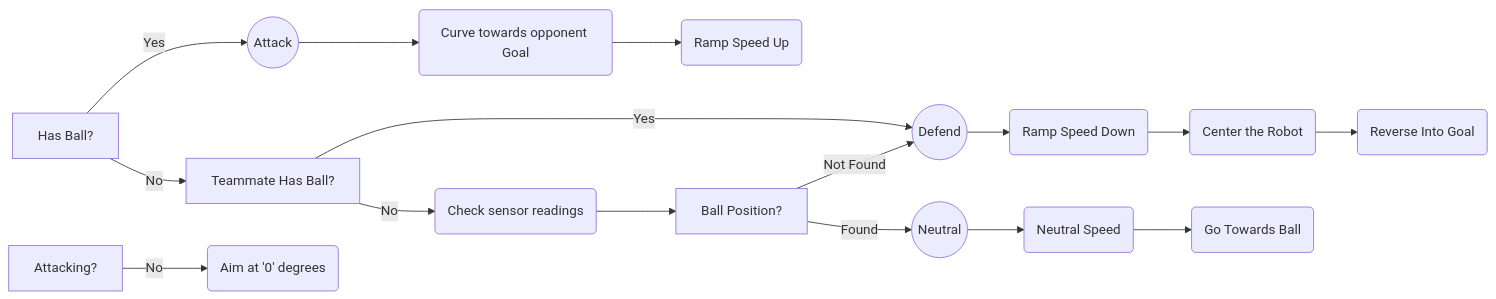
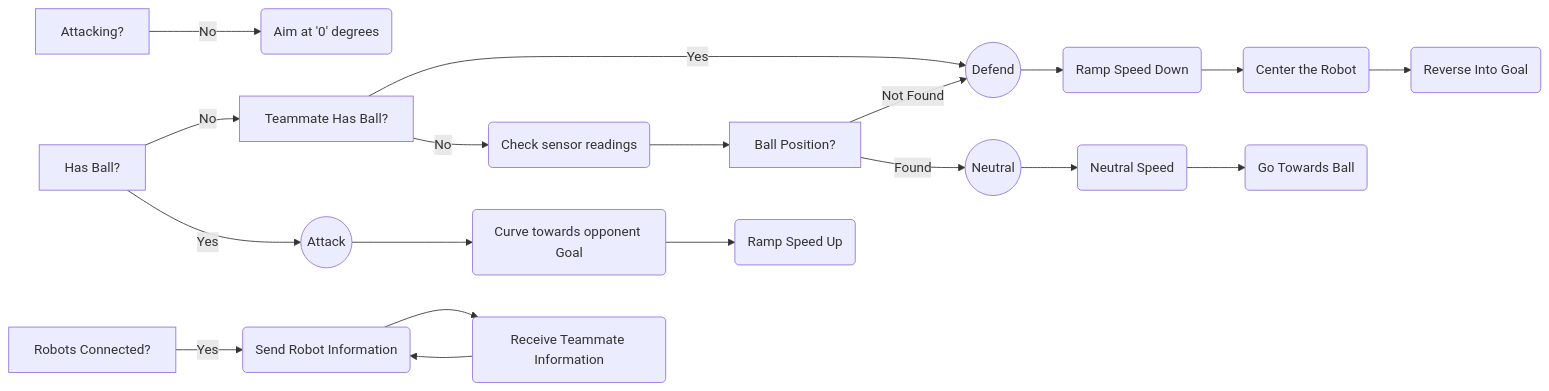
Before and after one commit to denyahnov/rc2022: the diagram in EngineeringNotebook.md, drawn with Mermaid.

````diff
--- a/EngineeringNotebook.md
+++ b/EngineeringNotebook.md
@@ -19,13 +19,16 @@
 ```mermaid
 graph LR
+Attacking[Attacking?] -- No --> Aim(Aim at '0' degrees)
 HasBall[Has Ball?] -- No --> TeammateBall[Teammate Has Ball?]
 TeammateBall -- Yes --> Defend((Defend))
 Defend --> SlowDown(Ramp Speed Down) --> CenterRobot(Center the Robot) --> Reverse(Reverse Into Goal)
 TeammateBall -- No --> CheckSensors(Check sensor readings)
 HasBall -- Yes --> Attack((Attack))
 Attack --> AimGoal(Curve towards opponent Goal) --> RampSpeed(Ramp Speed Up)
 CheckSensors --> BallPos[Ball Position?]
 BallPos-- Not Found --> Defend
 BallPos-- Found --> Neutral((Neutral)) --> NeutralSpeed(Neutral Speed) --> GoToBall(Go Towards Ball)
-Attacking[Attacking?] -- No --> Aim(Aim at '0' degrees)
+Connected[Robots Connected?] -- Yes --> A(Send Robot Information)
+A --> B(Receive Teammate Information)
+B --> A
 ```
````
